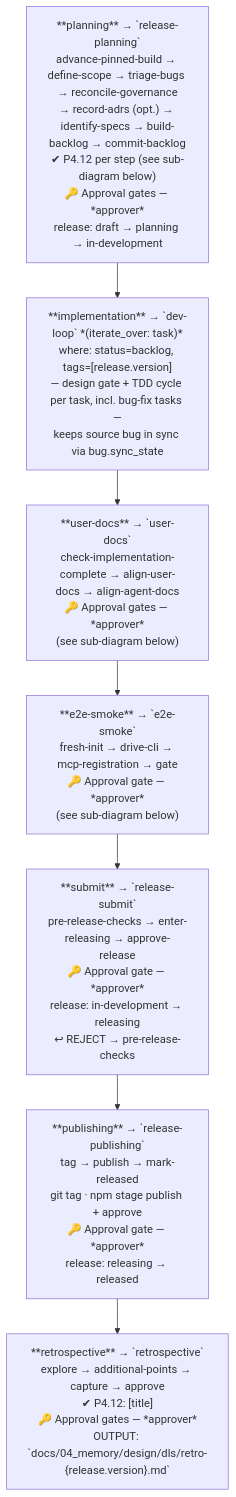
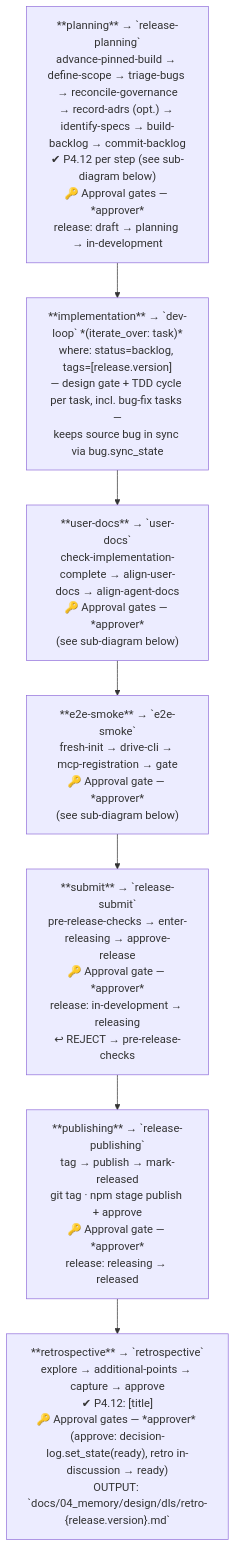
The eighth of 24 diagrams in .wingfoil/WORKFLOW.md (wingfoil/wingfoil), drawn with Mermaid before and after one commit. The commit also changed other lines of this file and 18 other files, not shown here.

````diff
--- a/.wingfoil/WORKFLOW.md
+++ b/.wingfoil/WORKFLOW.md
@@ -186,18 +188,18 @@
 ```mermaid
 flowchart TD
     RP["**planning** → `release-planning`\nadvance-pinned-build → define-scope → triage-bugs → reconcile-governance\n→ record-adrs (opt.) → identify-specs → build-backlog → commit-backlog\n✔ P4.12 per step (see sub-diagram below)\n🔑 Approval gates — *approver*\nrelease: draft → planning → in-development"]
 
     DL["**implementation** → `dev-loop` *(iterate_over: task)*\nwhere: status=backlog, tags=[release.version]\n— design gate + TDD cycle per task, incl. bug-fix tasks —\nkeeps source bug in sync via bug.sync_state"]
 
     UD["**user-docs** → `user-docs`\ncheck-implementation-complete → align-user-docs → align-agent-docs\n🔑 Approval gates — *approver*\n(see sub-diagram below)"]
 
     ES["**e2e-smoke** → `e2e-smoke`\nfresh-init → drive-cli → mcp-registration → gate\n🔑 Approval gate — *approver*\n(see sub-diagram below)"]
 
     RS["**submit** → `release-submit`\npre-release-checks → enter-releasing → approve-release\n🔑 Approval gate — *approver*\nrelease: in-development → releasing\n↩ REJECT → pre-release-checks"]
 
     RP2["**publishing** → `release-publishing`\ntag → publish → mark-released\ngit tag · npm stage publish + approve\n🔑 Approval gate — *approver*\nrelease: releasing → released"]
 
-    RT["**retrospective** → `retrospective`\nexplore → additional-points → capture → approve\n✔ P4.12: [title]\n🔑 Approval gates — *approver*\nOUTPUT: `docs/04_memory/design/dls/retro-{release.version}.md`"]
+    RT["**retrospective** → `retrospective`\nexplore → additional-points → capture → approve\n✔ P4.12: [title]\n🔑 Approval gates — *approver* (approve: decision-log.set_state(ready), retro in-discussion → ready)\nOUTPUT: `docs/04_memory/design/dls/retro-{release.version}.md`"]
 
     RP --> DL --> UD --> ES --> RS --> RP2 --> RT
 ```
````
